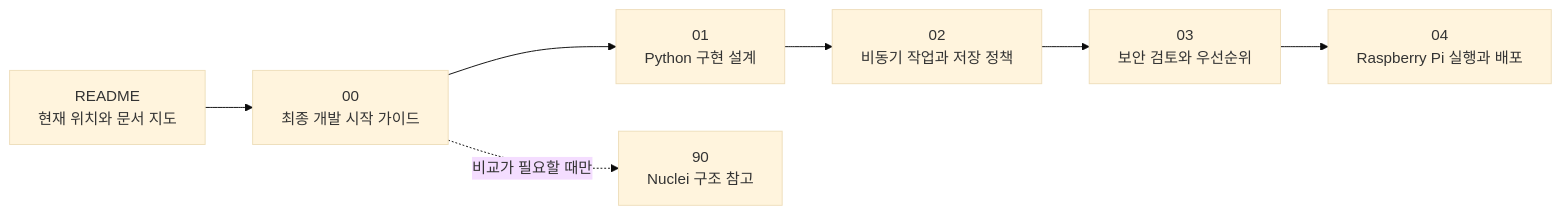
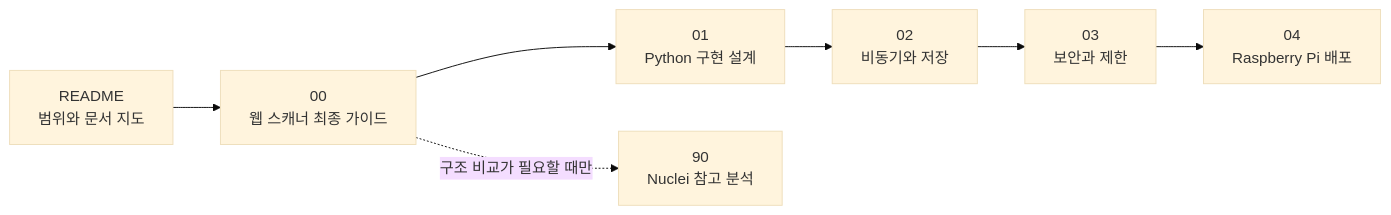
Before and after one commit to Flamcanorm/nuclei-analysis: the first of 4 diagrams in 06 아이디어/README.md, drawn with Mermaid (base theme). The commit also changed other lines of this file and 9 other files, not shown here.

````diff
--- a/06 아이디어/README.md
+++ b/06 아이디어/README.md
@@ -13,9 +16,9 @@
 ```mermaid
 flowchart LR
-    R[README<br/>현재 위치와 문서 지도] --> A[00<br/>최종 개발 시작 가이드]
+    R[README<br/>범위와 문서 지도] --> A[00<br/>웹 스캐너 최종 가이드]
     A --> B[01<br/>Python 구현 설계]
-    B --> C[02<br/>비동기 작업과 저장 정책]
-    C --> D[03<br/>보안 검토와 우선순위]
-    D --> E[04<br/>Raspberry Pi 실행과 배포]
-    A -. 비교가 필요할 때만 .-> N[90<br/>Nuclei 구조 참고]
+    B --> C[02<br/>비동기와 저장]
+    C --> D[03<br/>보안과 제한]
+    D --> E[04<br/>Raspberry Pi 배포]
+    A -. 구조 비교가 필요할 때만 .-> N[90<br/>Nuclei 참고 분석]
 ```
````
